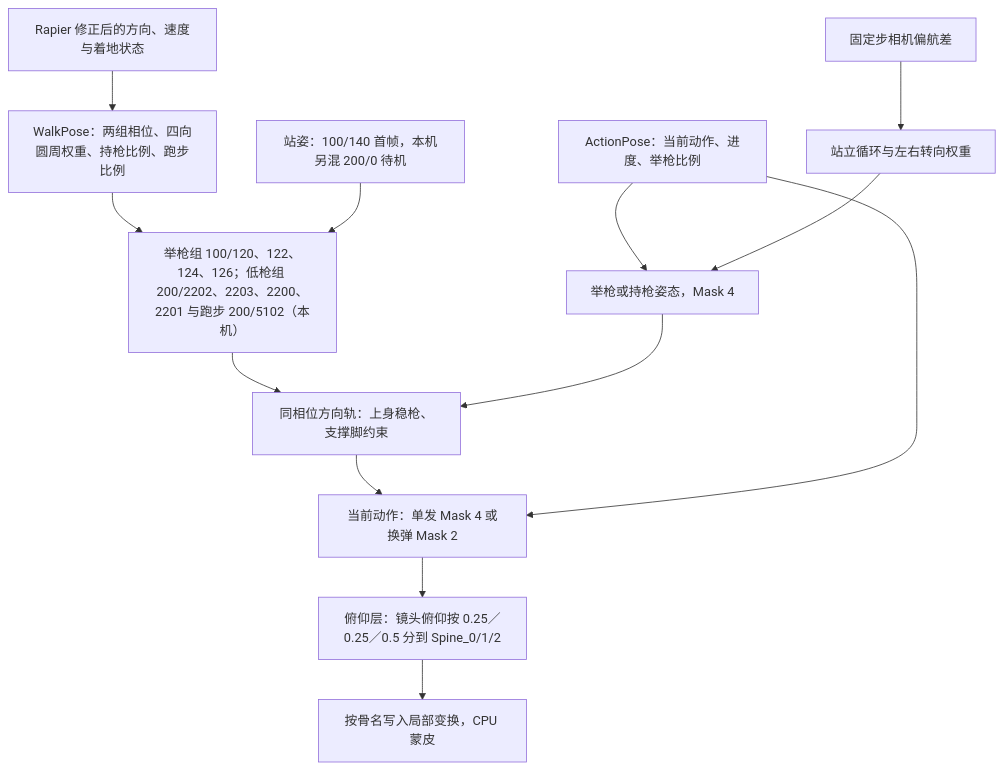
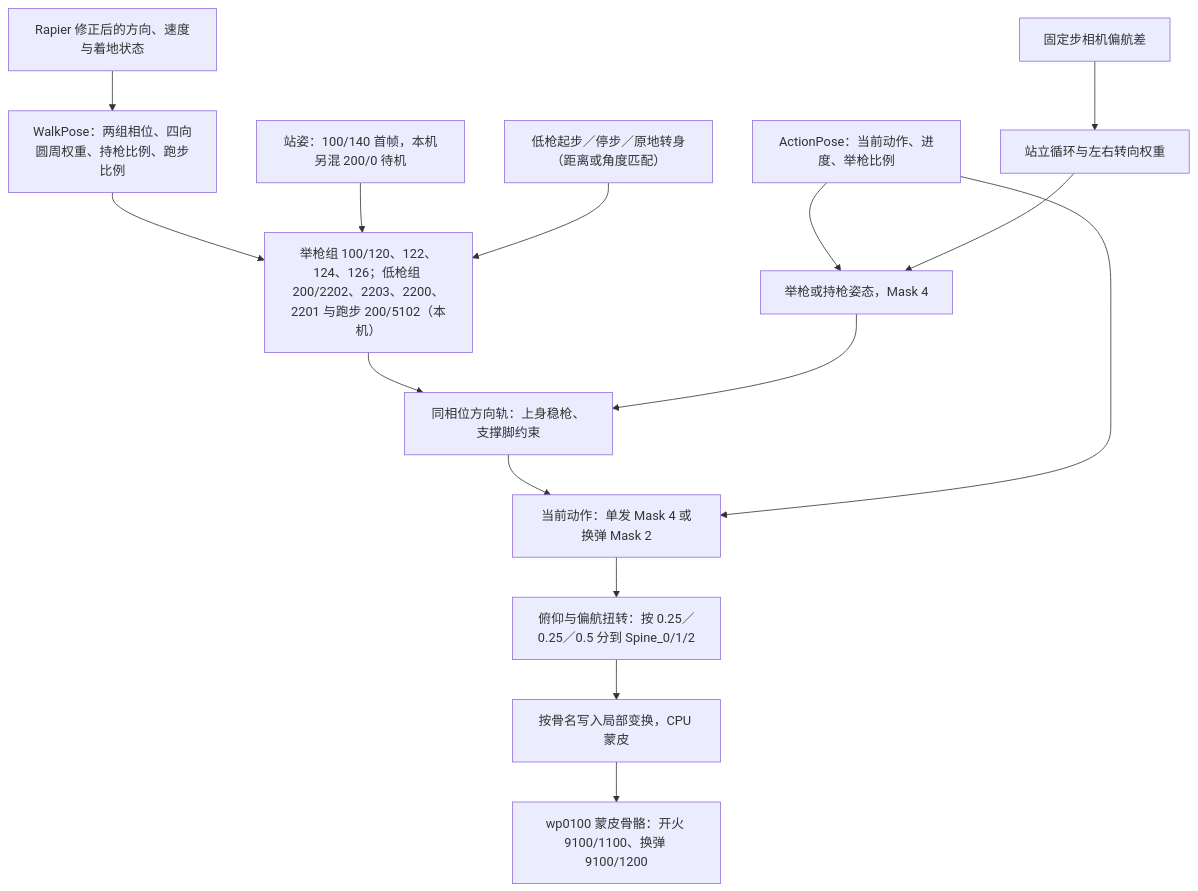
The second of 2 diagrams in web-3c/TECHNICAL.md (archili2035/RE_Research), drawn with Mermaid before and after one commit. The commit also changed other lines of this file and 131 other files, not shown here.

````diff
--- a/web-3c/TECHNICAL.md
+++ b/web-3c/TECHNICAL.md
@@ -38,14 +39,16 @@
 ```mermaid
 flowchart TD
   Move["Rapier 修正后的方向、速度与着地状态"] --> Walk["WalkPose：两组相位、四向圆周权重、持枪比例、跑步比例"]
   Walk --> Base["举枪组 100/120、122、124、126；低枪组 200/2202、2203、2200、2201 与跑步 200/5102（本机）"]
   Rest["站姿：100/140 首帧，本机另混 200/0 待机"] --> Base
   State["ActionPose：当前动作、进度、举枪比例"] --> Aim["举枪或持枪姿态，Mask 4"]
   Camera["固定步相机偏航差"] --> AimMotion["站立循环与左右转向权重"] --> Aim
   Base --> AimedBase["同相位方向轨：上身稳枪、支撑脚约束"]
   Aim --> AimedBase
   AimedBase --> Overlay["当前动作：单发 Mask 4 或换弹 Mask 2"]
   State --> Overlay
-  Overlay --> Pitch["俯仰层：镜头俯仰按 0.25／0.25／0.5 分到 Spine_0/1/2"]
+  Overlay --> Pitch["俯仰与偏航扭转：按 0.25／0.25／0.5 分到 Spine_0/1/2"]
   Pitch --> Skin["按骨名写入局部变换，CPU 蒙皮"]
+  Trans["低枪起步／停步／原地转身（距离或角度匹配）"] --> Base
+  Skin --> Weapon["wp0100 蒙皮骨骼：开火 9100/1100、换弹 9100/1200"]
 ```
````
